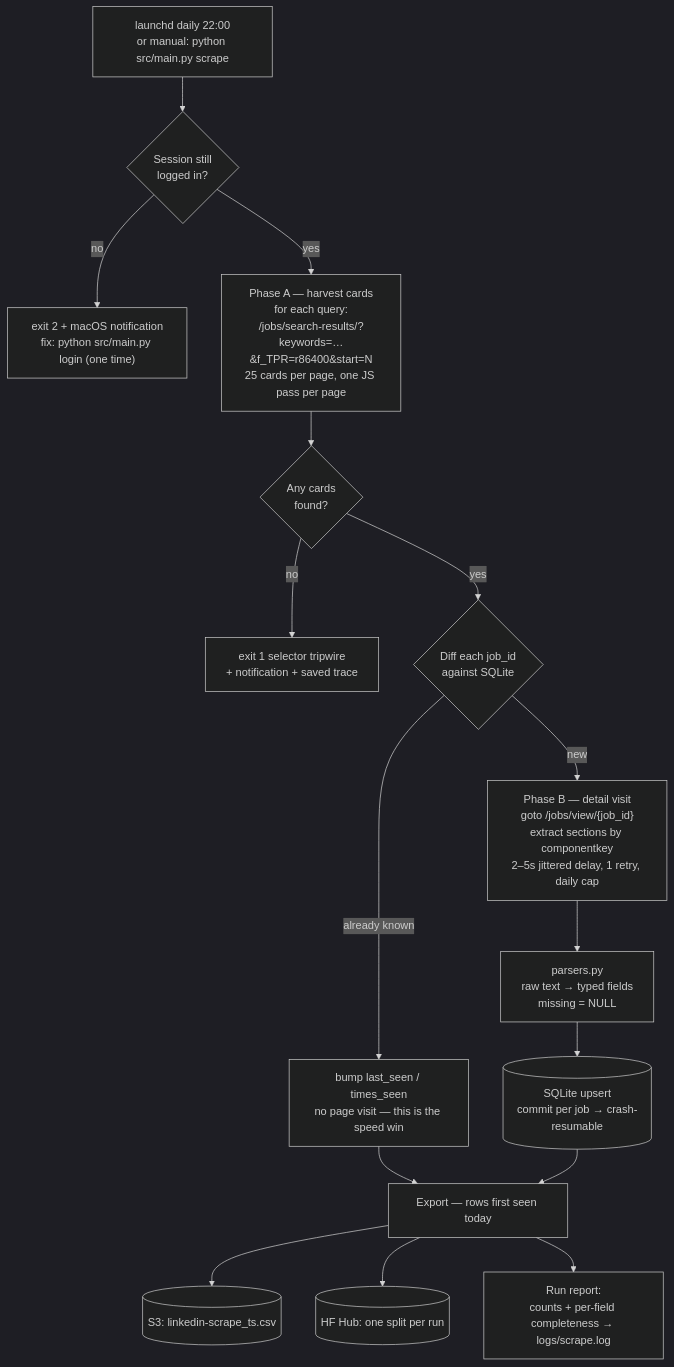
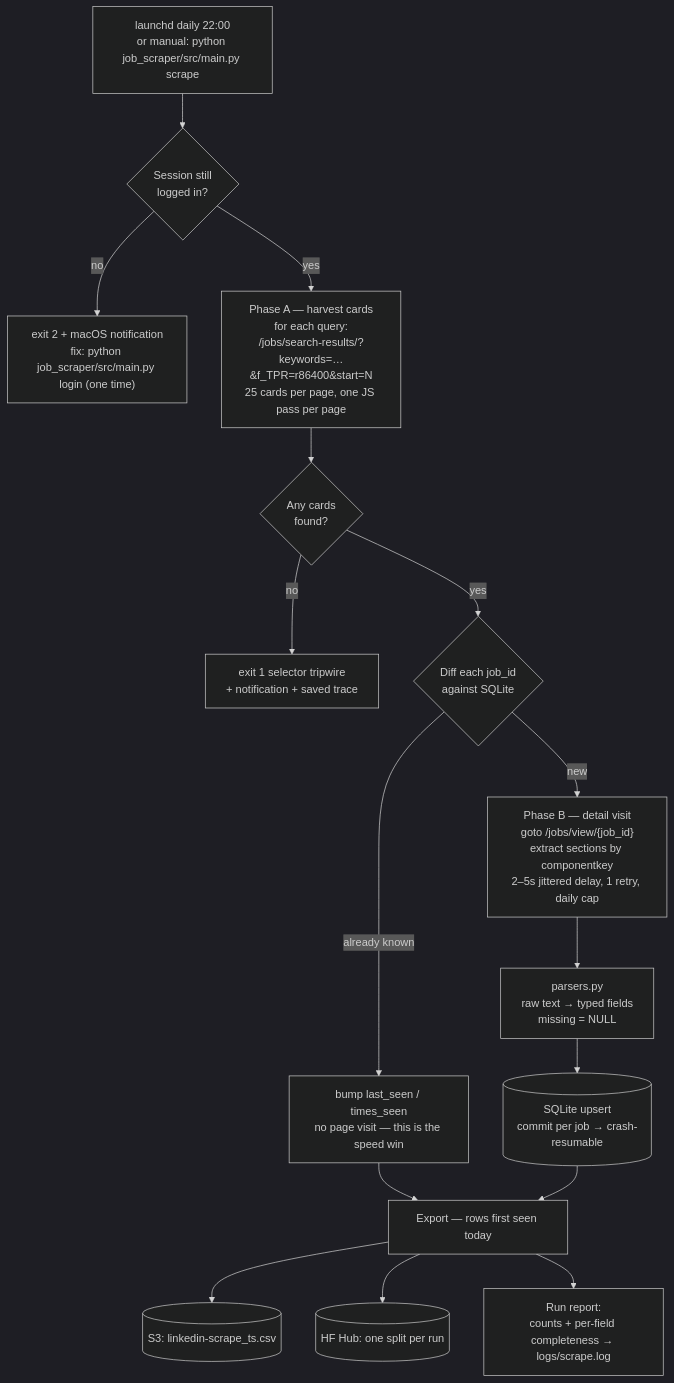
One commit to ryq99/linkedin-jobs-scraper changed the diagram in README.md. Above: the diagram before and after it, drawn with Mermaid (dark theme). The commit also changed other lines of this file and 31 other files, not shown here.

First line of the commit message:
restructure: move the scraper into a job_scraper/ component

````diff
--- a/README.md
+++ b/README.md
@@ -53,18 +53,18 @@
 ```mermaid
 flowchart TD
-    A["launchd daily 22:00<br/>or manual: python src/main.py scrape"] --> B{"Session still<br/>logged in?"}
-    B -- no --> B1["exit 2 + macOS notification<br/>fix: python src/main.py login (one time)"]
+    A["launchd daily 22:00<br/>or manual: python job_scraper/src/main.py scrape"] --> B{"Session still<br/>logged in?"}
+    B -- no --> B1["exit 2 + macOS notification<br/>fix: python job_scraper/src/main.py login (one time)"]
     B -- yes --> C["Phase A — harvest cards<br/>for each query:<br/>/jobs/search-results/?keywords=…&f_TPR=r86400&start=N<br/>25 cards per page, one JS pass per page"]
     C --> D{"Any cards<br/>found?"}
     D -- no --> D1["exit 1 selector tripwire<br/>+ notification + saved trace"]
     D -- yes --> E{"Diff each job_id<br/>against SQLite"}
     E -- already known --> F["bump last_seen / times_seen<br/>no page visit — this is the speed win"]
     E -- new --> G["Phase B — detail visit<br/>goto /jobs/view/{job_id}<br/>extract sections by componentkey<br/>2–5s jittered delay, 1 retry, daily cap"]
     G --> H["parsers.py<br/>raw text → typed fields<br/>missing = NULL"]
     H --> I[("SQLite upsert<br/>commit per job → crash-resumable")]
     F --> J
     I --> J["Export — rows first seen today"]
     J --> K[("S3: linkedin-scrape_ts.csv")]
     J --> L[("HF Hub: one split per run")]
     J --> M2["Run report:<br/>counts + per-field completeness → logs/scrape.log"]
 ```
````
